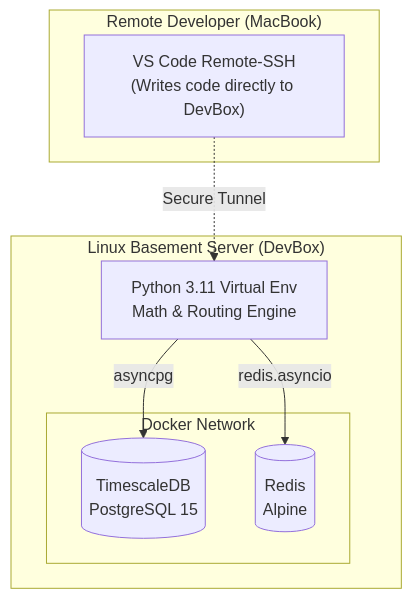
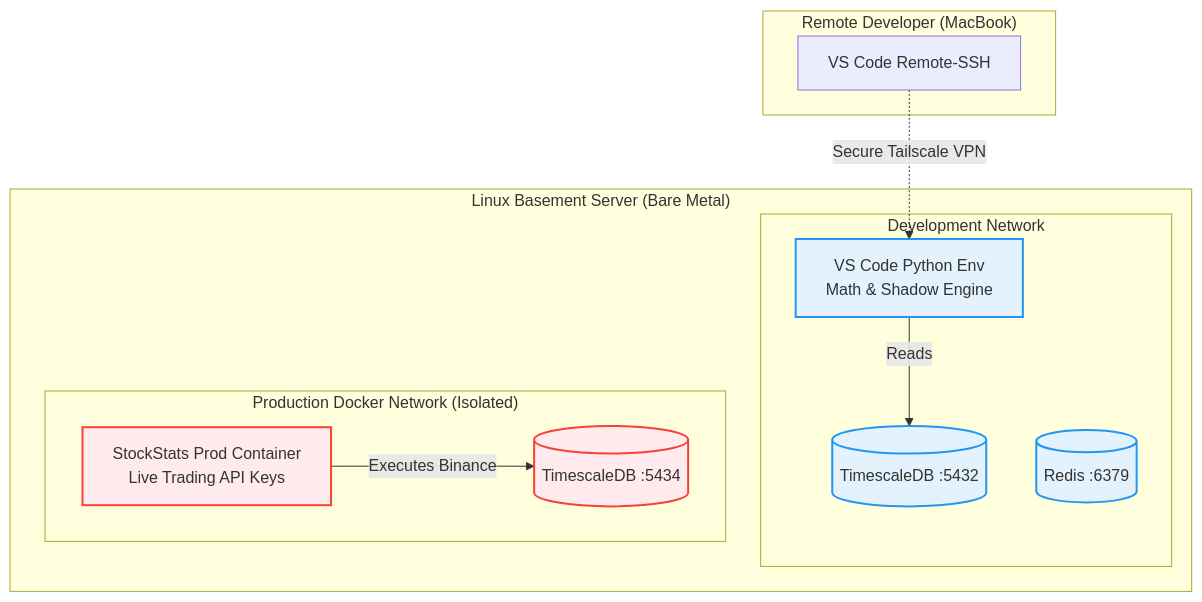
One commit to racoya/stockstats changed the diagram in docs/implementation/01_sprint_1_infrastructure_devops.md. Above: the diagram before and after it, drawn with Mermaid. The commit also changed other lines of this file and 1 other file, not shown here.

First line of the commit message:
docs(implementation): pivot production topology to Single-Server Docker isolation

````diff
--- a/docs/implementation/01_sprint_1_infrastructure_devops.md
+++ b/docs/implementation/01_sprint_1_infrastructure_devops.md
@@ -118,22 +121,29 @@
 ```mermaid
 graph TD
-    classDef external fill:transparent,stroke:#f90,stroke-width:2px;
+    classDef prod fill:#ffebee,stroke:#f44336,stroke-width:2px;
+    classDef dev fill:#e3f2fd,stroke:#2196f3,stroke-width:2px;
     classDef vpn fill:transparent,stroke:#3498db,stroke-dasharray: 5 5;
     
-    subgraph DevBox ["Linux Basement Server (DevBox)"]
-        subgraph Docker ["Docker Network"]
-            TSDB[(TimescaleDB<br/>PostgreSQL 15)]:::database
-            REDIS[(Redis<br/>Alpine)]:::cache
+    subgraph DevBox ["Linux Basement Server (Bare Metal)"]
+        
+        subgraph DevNet ["Development Network"]
+            TSDB_DEV[(TimescaleDB :5432)]:::dev
+            REDIS_DEV[(Redis :6379)]:::dev
+            PYTHON_DEV[VS Code Python Env<br/>Math & Shadow Engine]:::dev
         end
         
-        PYTHON[Python 3.11 Virtual Env<br/>Math & Routing Engine]
-        PYTHON -->|asyncpg| TSDB
-        PYTHON -->|redis.asyncio| REDIS
+        subgraph ProdNet ["Production Docker Network (Isolated)"]
+            TSDB_PROD[(TimescaleDB :5434)]:::prod
+            PROD_APP[StockStats Prod Container<br/>Live Trading API Keys]:::prod
+        end
+        
+        PYTHON_DEV -->|Reads| TSDB_DEV
+        PROD_APP -->|Executes Binance| TSDB_PROD
     end
     
     subgraph Remote ["Remote Developer (MacBook)"]
-        VS["VS Code Remote-SSH<br/>(Writes code directly to DevBox)"]
+        VS["VS Code Remote-SSH"]
     end
     
-    VS -.->|Secure Tunnel| PYTHON
+    VS -.->|Secure Tailscale VPN| PYTHON_DEV
 ```
````
